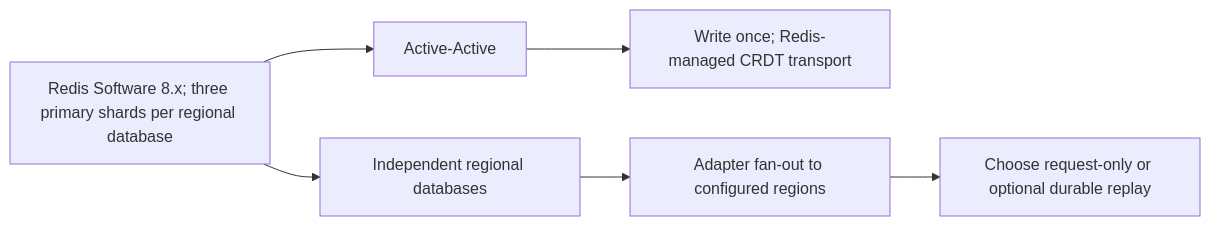
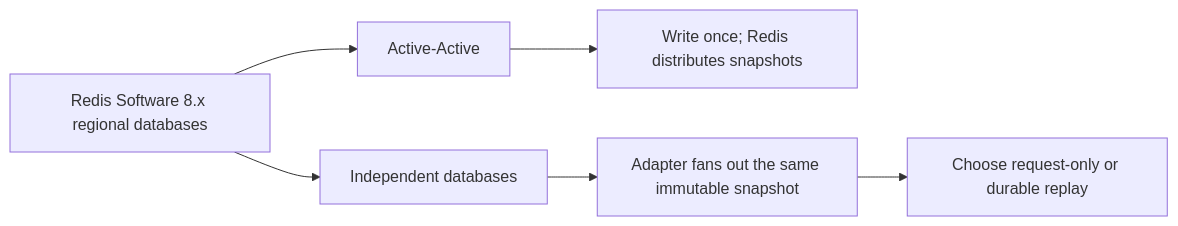
Before and after one commit to alberttwong/redis-multi-region-adapter: the first of 2 diagrams in backends.md, drawn with Mermaid. The commit also changed other lines of this file and 11 other files, not shown here.

````diff
--- a/backends.md
+++ b/backends.md
@@ -9,8 +7,8 @@
 ```mermaid
 flowchart LR
-    Redis["Redis Software 8.x; three primary shards per regional database"] --> AA["Active-Active"]
-    Redis --> Independent["Independent regional databases"]
-    AA --> Native["Write once; Redis-managed CRDT transport"]
-    Independent --> Fanout["Adapter fan-out to configured regions"]
-    Fanout --> Recovery["Choose request-only or optional durable replay"]
+    Redis["Redis Software 8.x regional databases"] --> AA["Active-Active"]
+    Redis --> Independent["Independent databases"]
+    AA --> Native["Write once; Redis distributes snapshots"]
+    Independent --> Fanout["Adapter fans out the same immutable snapshot"]
+    Fanout --> Recovery["Choose request-only or durable replay"]
 ```
````
